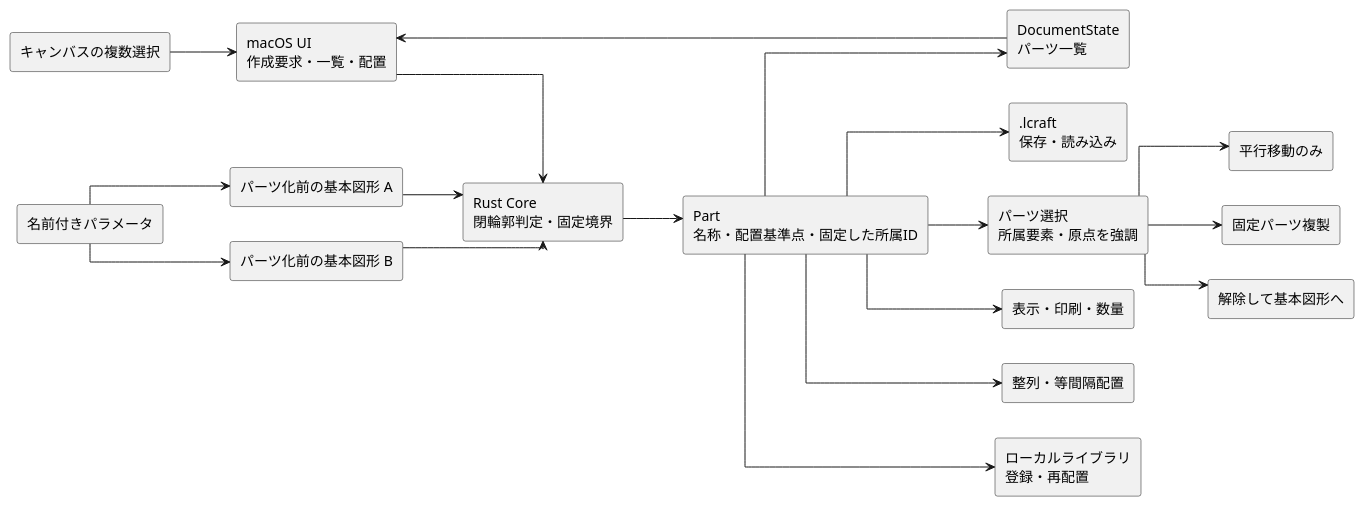
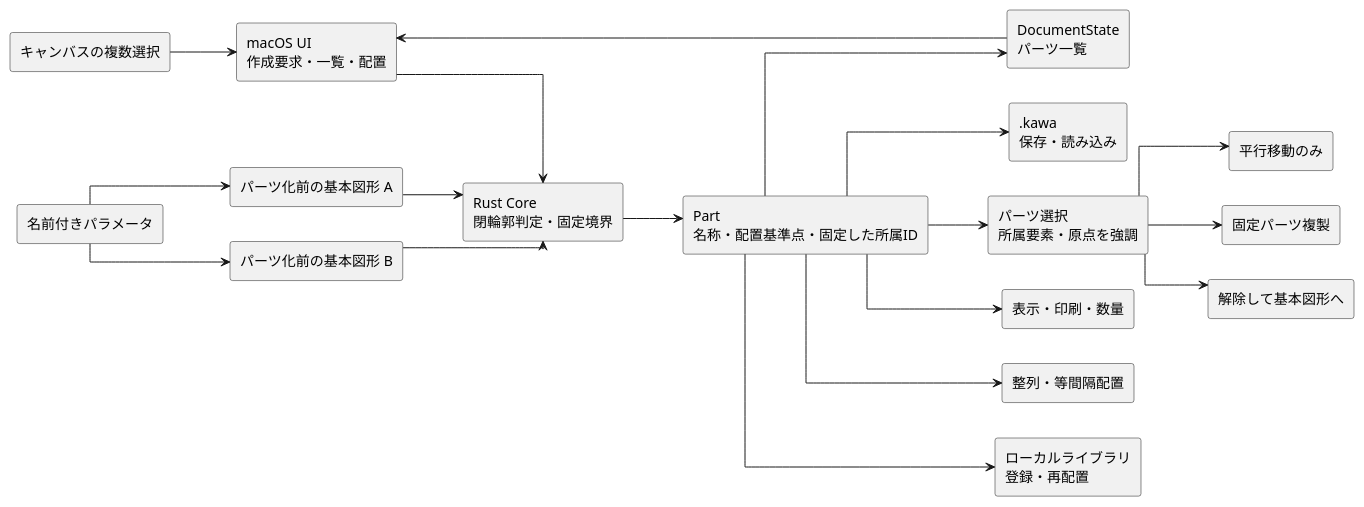
The second of 5 diagrams in docs/design/parts/overview.md (t-shin-komae/kawacad), drawn with PlantUML before and after one commit. The commit also changed 45 other files, not shown here.

````diff
--- a/docs/design/parts/overview.md
+++ b/docs/design/parts/overview.md
@@ -60,44 +60,44 @@
 ```plantuml
 @startuml
 left to right direction
 
 skinparam shadowing false
 skinparam packageStyle rectangle
 skinparam linetype ortho
   rectangle "キャンバスの複数選択" as Selection
   rectangle "macOS UI\n作成要求・一覧・配置" as UI
 Selection --> UI
   rectangle "Rust Core\n閉輪郭判定・固定境界" as Core
 UI --> Core
   rectangle "Part\n名称・配置基準点・固定した所属ID" as Part
 Core --> Part
-  rectangle ".lcraft\n保存・読み込み" as File
+  rectangle ".kawa\n保存・読み込み" as File
 Part --> File
   rectangle "DocumentState\nパーツ一覧" as State
 Part --> State
 State --> UI
 
   rectangle "パーツ選択\n所属要素・原点を強調" as Select
 Part --> Select
   rectangle "平行移動のみ" as Move
 Select --> Move
   rectangle "固定パーツ複製" as Duplicate
 Select --> Duplicate
   rectangle "解除して基本図形へ" as Ungroup
 Select --> Ungroup
   rectangle "表示・印刷・数量" as Switch
 Part --> Switch
   rectangle "整列・等間隔配置" as Arrange
 Part --> Arrange
   rectangle "ローカルライブラリ\n登録・再配置" as Library
 Part --> Library
 
   rectangle "名前付きパラメータ" as Parameter
   rectangle "パーツ化前の基本図形 A" as DraftA
 Parameter --> DraftA
   rectangle "パーツ化前の基本図形 B" as DraftB
 Parameter --> DraftB
 DraftA --> Core
 DraftB --> Core
 @enduml
 ```
````
